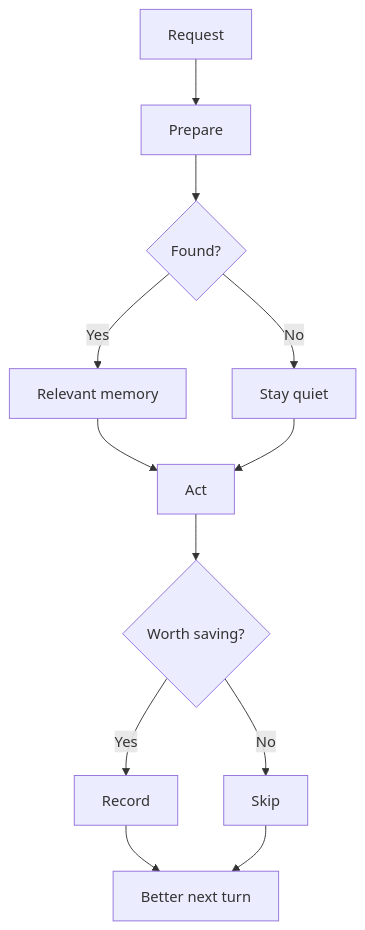
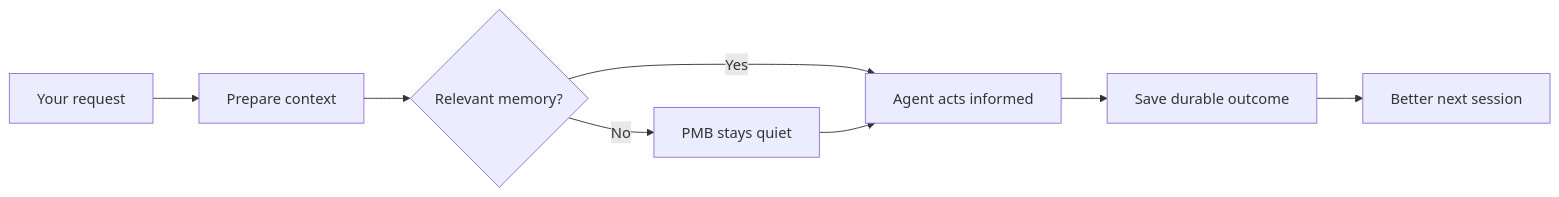
The diagram in docs/README.md (airano-ir/pmb), drawn with Mermaid before and after one commit. The commit also changed other lines of this file and 64 other files, not shown here.

````diff
--- a/docs/README.md
+++ b/docs/README.md
@@ -106,14 +92,10 @@
 ``` mermaid
-flowchart TB
-  User["Request"] --> Prepare["Prepare"]
-  Prepare --> Context{"Found?"}
-  Context -->|Yes| Relevant["Relevant memory"]
-  Context -->|No| Quiet["Stay quiet"]
-  Relevant --> Agent["Act"]
-  Quiet --> Agent
-  Agent --> Record{"Worth saving?"}
-  Record -->|Yes| Memory["Record"]
-  Record -->|No| Skip["Skip"]
-  Memory --> Next["Better next turn"]
-  Skip --> Next
+flowchart LR
+  Request["Your request"] --> Prepare["Prepare context"]
+  Prepare --> Memory{"Relevant memory?"}
+  Memory -->|Yes| Act["Agent acts informed"]
+  Memory -->|No| Quiet["PMB stays quiet"]
+  Quiet --> Act
+  Act --> Record["Save durable outcome"]
+  Record --> Next["Better next session"]
 ```
````
